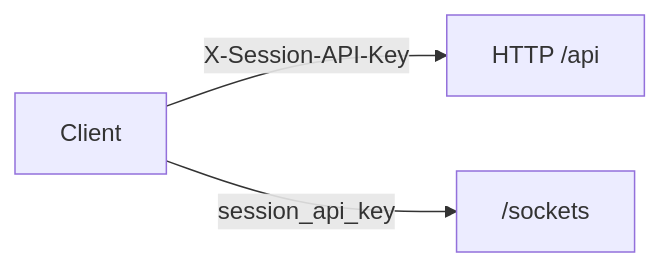
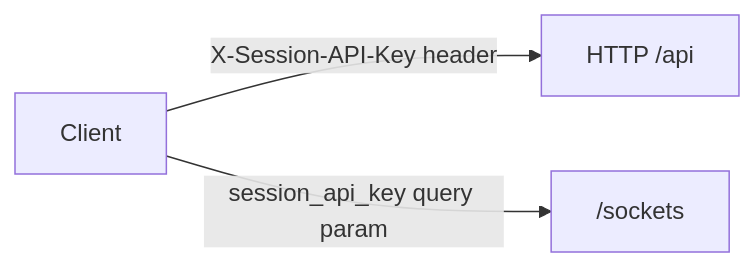
One commit to OpenHands/docs changed the second of 3 diagrams in sdk/arch/agent-server.mdx. Above: the diagram before and after it, drawn with Mermaid. The commit also changed other lines of this file and 5 other files, not shown here.

First line of the commit message:
docs: consolidate agent-server architecture and guides pages

````diff
--- a/sdk/arch/agent-server.mdx
+++ b/sdk/arch/agent-server.mdx
@@ -91,5 +97,5 @@
 ```mermaid
 flowchart LR
-    Client -->|X-Session-API-Key| HTTP["HTTP /api"]
-    Client -->|session_api_key| WS["/sockets"]
+    Client -->|X-Session-API-Key header| HTTP["HTTP /api"]
+    Client -->|session_api_key query param| WS["/sockets"]
 ```
````
